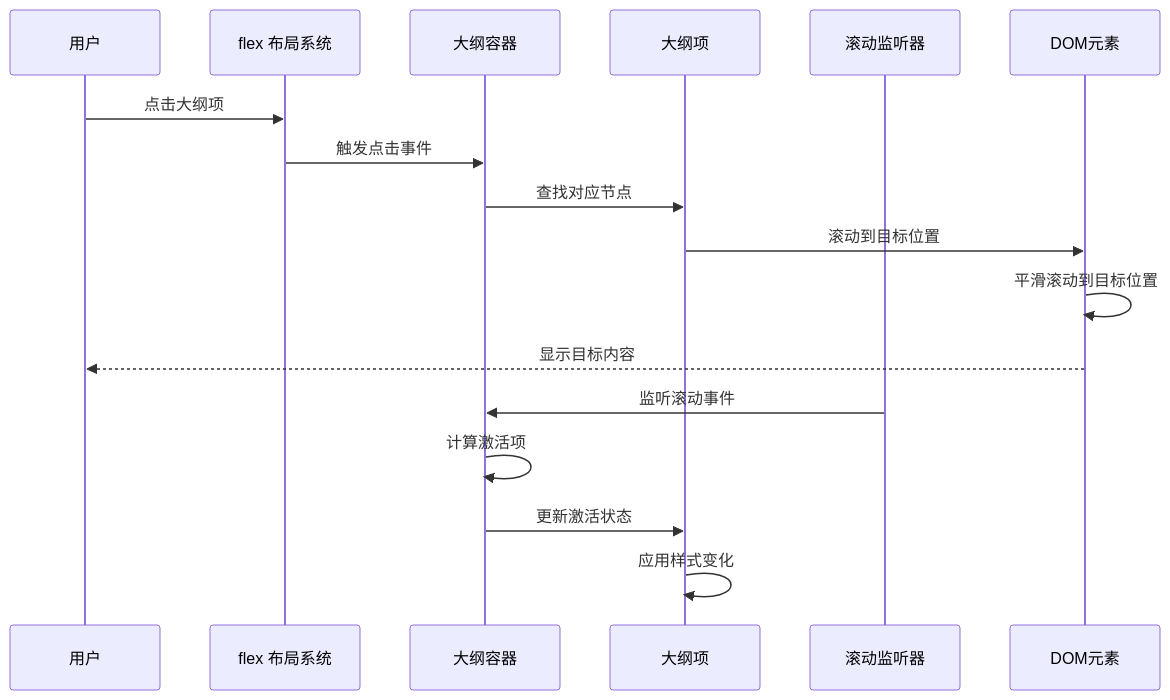
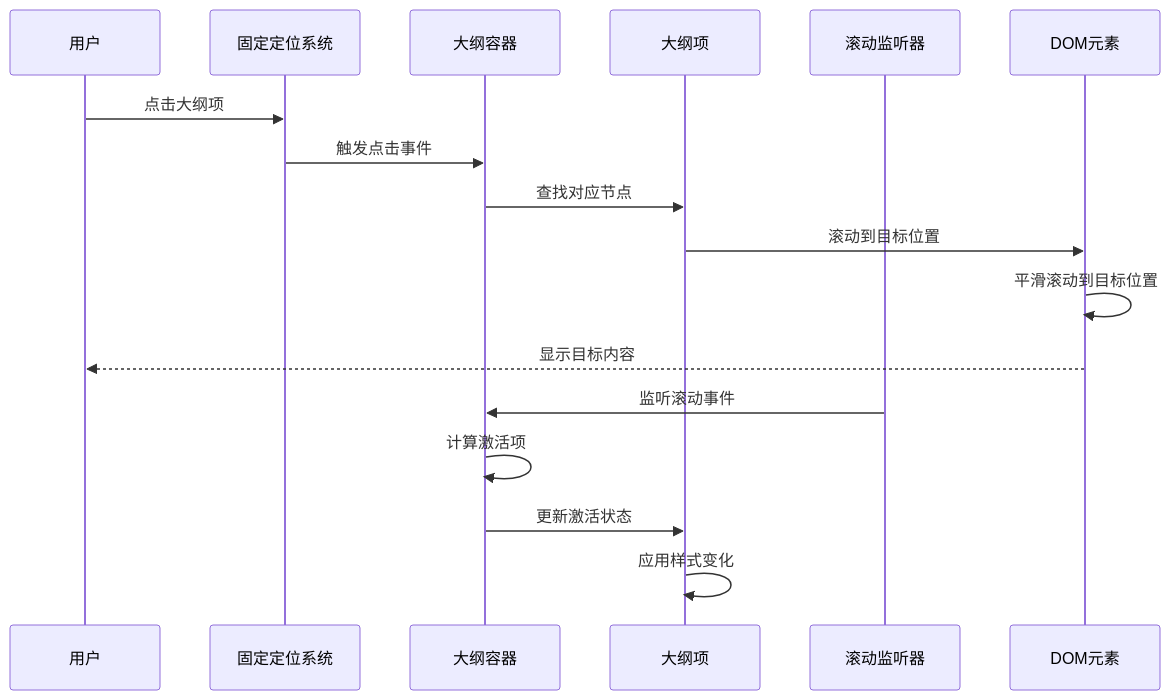
The second of 10 diagrams in .qoder/repowiki/zh/content/Outline System.md (terwer/siyuan-plugin-blog), drawn with Mermaid before and after one commit. The commit also changed other lines of this file and 3 other files, not shown here.

````diff
--- a/.qoder/repowiki/zh/content/Outline System.md
+++ b/.qoder/repowiki/zh/content/Outline System.md
@@ -120,19 +118,19 @@
 ```mermaid
 sequenceDiagram
 participant User as 用户
-participant FlexLayout as flex 布局系统
+participant FixedLayout as 固定定位系统
 participant Container as 大纲容器
 participant Item as 大纲项
 participant Scroll as 滚动监听器
 participant DOM as DOM元素
-User->>FlexLayout : 点击大纲项
-FlexLayout->>Container : 触发点击事件
+User->>FixedLayout : 点击大纲项
+FixedLayout->>Container : 触发点击事件
 Container->>Item : 查找对应节点
 Item->>DOM : 滚动到目标位置
 DOM->>DOM : 平滑滚动到目标位置
 DOM-->>User : 显示目标内容
 Scroll->>Container : 监听滚动事件
 Container->>Container : 计算激活项
 Container->>Item : 更新激活状态
 Item->>Item : 应用样式变化
 ```
````
